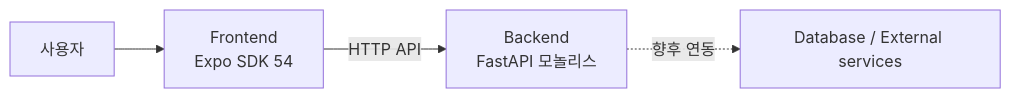
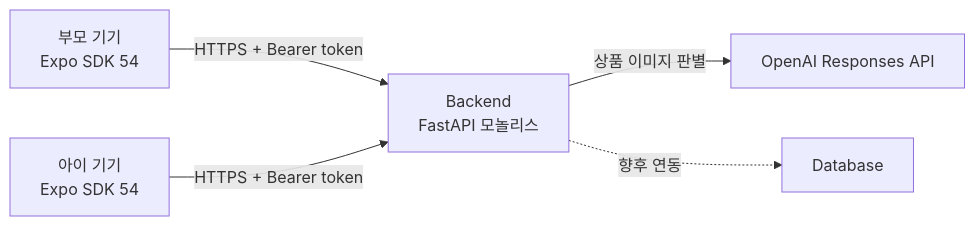
The diagram in docs/architecture.md (kimjiwoo2/Codex-Hackathon), drawn with Mermaid before and after one commit. The commit also changed other lines of this file and 8 other files, not shown here.

````diff
--- a/docs/architecture.md
+++ b/docs/architecture.md
@@ -8,6 +8,7 @@
 ```mermaid
 flowchart LR
-  U["사용자"] --> F["Frontend<br>Expo SDK 54"]
-  F -->|HTTP API| B["Backend<br>FastAPI 모놀리스"]
-  B -. "향후 연동" .-> E["Database / External services"]
+  P["부모 기기<br>Expo SDK 54"] -->|"HTTPS + Bearer token"| B["Backend<br>FastAPI 모놀리스"]
+  C["아이 기기<br>Expo SDK 54"] -->|"HTTPS + Bearer token"| B
+  B -->|"상품 이미지 판별"| O["OpenAI Responses API"]
+  B -. "향후 연동" .-> D["Database"]
 ```
````
